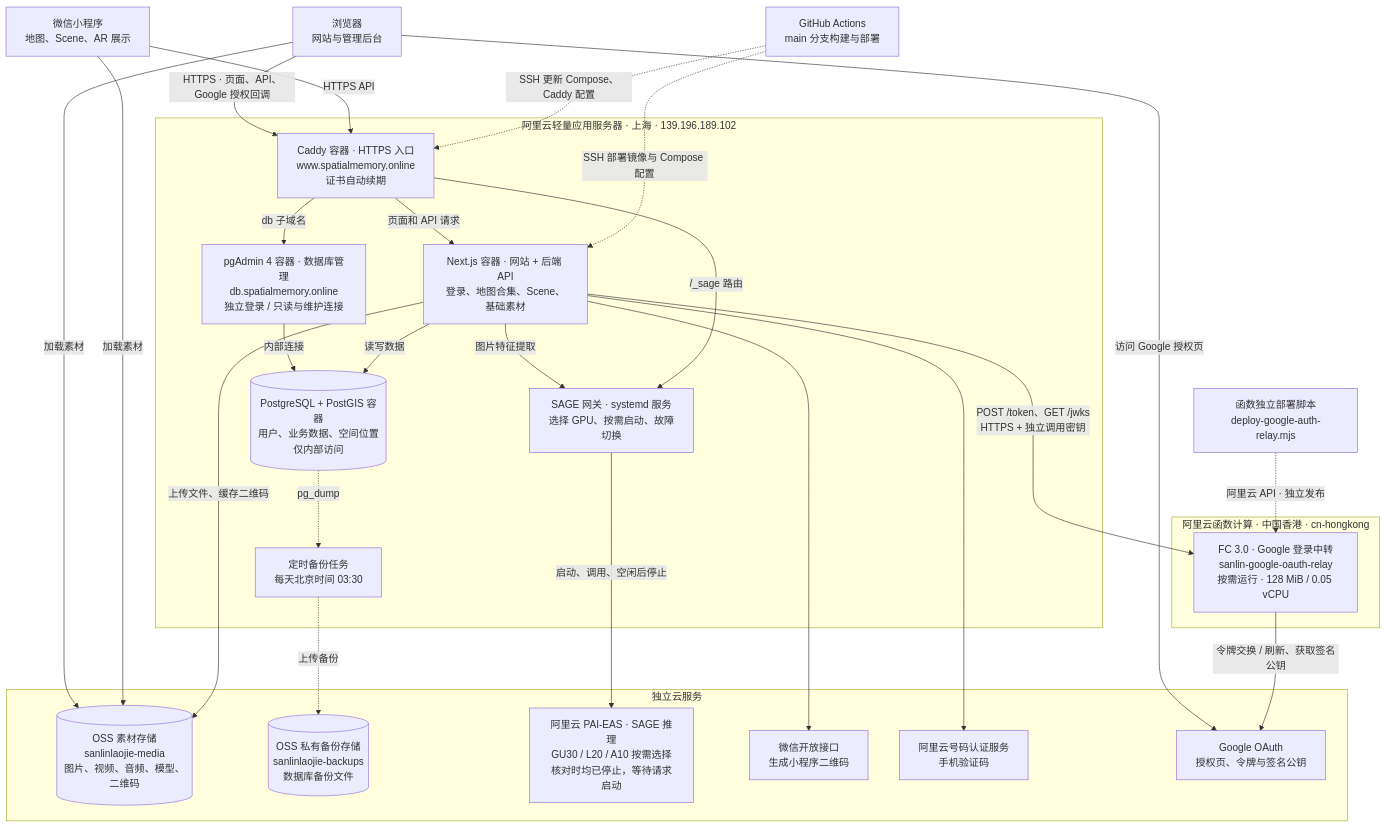
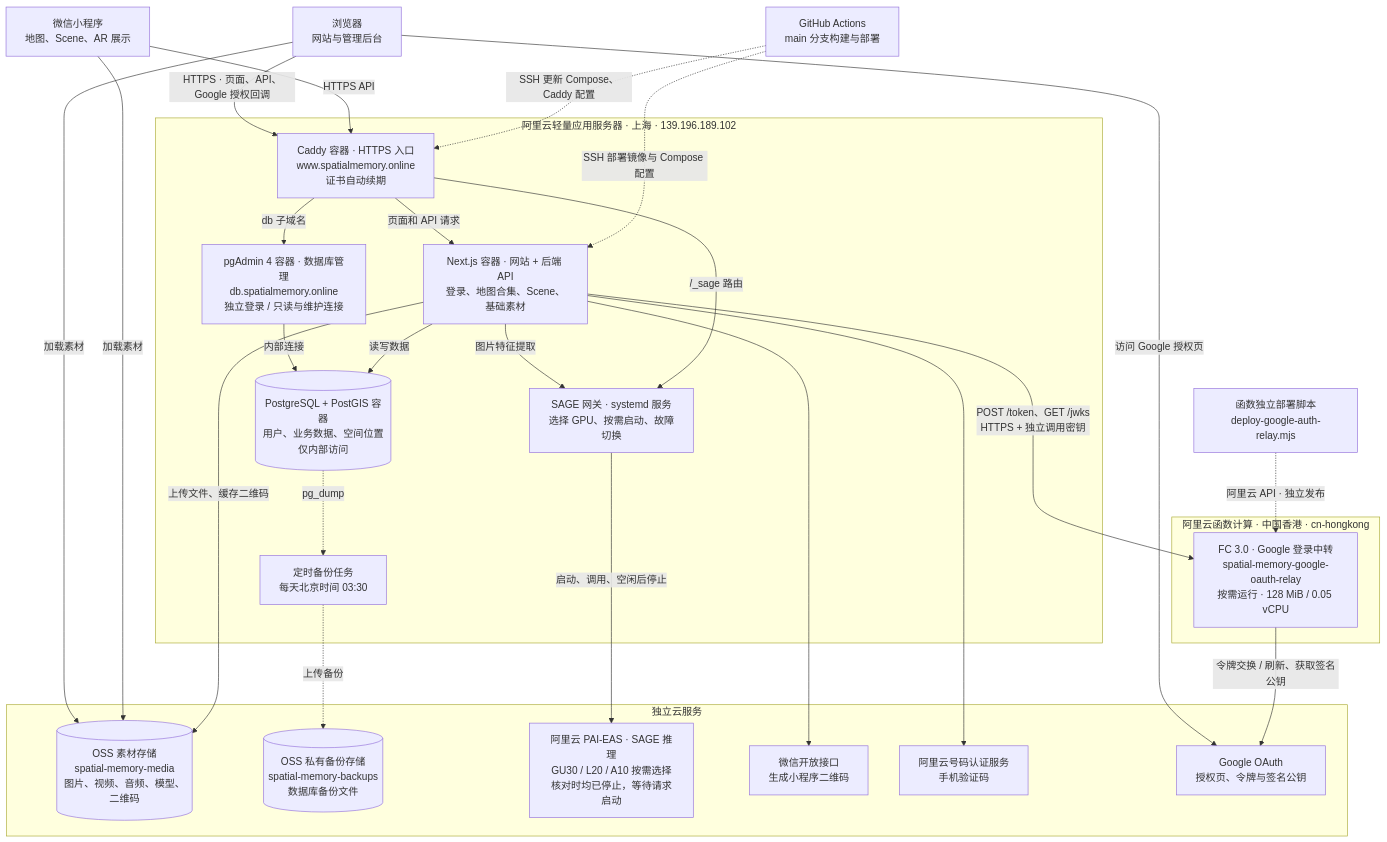
One commit to WangZhewei1027/spatial-memory changed the diagram in docs/production-deployment.md. Above: the diagram before and after it, drawn with Mermaid. The commit also changed other lines of this file and 3 other files, not shown here.

````diff
--- a/docs/production-deployment.md
+++ b/docs/production-deployment.md
@@ -45,53 +56,53 @@
 ```mermaid
 flowchart TB
     WEB["浏览器<br/>网站与管理后台"]
     MINI["微信小程序<br/>地图、Scene、AR 展示"]
     CI["GitHub Actions<br/>main 分支构建与部署"]
     FC_DEPLOY["函数独立部署脚本<br/>deploy-google-auth-relay.mjs"]
 
     subgraph SERVER["阿里云轻量应用服务器 · 上海 · 139.196.189.102"]
         CADDY["Caddy 容器 · HTTPS 入口<br/>www.spatialmemory.online<br/>证书自动续期"]
         APP["Next.js 容器 · 网站 + 后端 API<br/>登录、地图合集、Scene、基础素材"]
         PGADMIN["pgAdmin 4 容器 · 数据库管理<br/>db.spatialmemory.online<br/>独立登录 / 只读与维护连接"]
         DB[("PostgreSQL + PostGIS 容器<br/>用户、业务数据、空间位置<br/>仅内部访问")]
         SAGE["SAGE 网关 · systemd 服务<br/>选择 GPU、按需启动、故障切换"]
         BACKUP["定时备份任务<br/>每天北京时间 03:30"]
 
         CADDY -->|"页面和 API 请求"| APP
         CADDY -->|"db 子域名"| PGADMIN
         PGADMIN -->|"内部连接"| DB
         APP -->|"读写数据"| DB
         APP -->|"图片特征提取"| SAGE
         CADDY -->|"/_sage 路由"| SAGE
         DB -.->|"pg_dump"| BACKUP
     end
 
     subgraph CLOUD["独立云服务"]
-        MEDIA[("OSS 素材存储<br/>sanlinlaojie-media<br/>图片、视频、音频、模型、二维码")]
-        ARCHIVE[("OSS 私有备份存储<br/>sanlinlaojie-backups<br/>数据库备份文件")]
+        MEDIA[("OSS 素材存储<br/>spatial-memory-media<br/>图片、视频、音频、模型、二维码")]
+        ARCHIVE[("OSS 私有备份存储<br/>spatial-memory-backups<br/>数据库备份文件")]
         GPU["阿里云 PAI-EAS · SAGE 推理<br/>GU30 / L20 / A10 按需选择<br/>核对时均已停止，等待请求启动"]
         WX["微信开放接口<br/>生成小程序二维码"]
         SMS["阿里云号码认证服务<br/>手机验证码"]
         GOOGLE["Google OAuth<br/>授权页、令牌与签名公钥"]
     end
 
     subgraph HONG_KONG["阿里云函数计算 · 中国香港 · cn-hongkong"]
-        GOOGLE_RELAY["FC 3.0 · Google 登录中转<br/>sanlin-google-oauth-relay<br/>按需运行 · 128 MiB / 0.05 vCPU"]
+        GOOGLE_RELAY["FC 3.0 · Google 登录中转<br/>spatial-memory-google-oauth-relay<br/>按需运行 · 128 MiB / 0.05 vCPU"]
     end
 
     WEB -->|"HTTPS · 页面、API、Google 授权回调"| CADDY
     WEB -->|"访问 Google 授权页"| GOOGLE
     MINI -->|"HTTPS API"| CADDY
     WEB -->|"加载素材"| MEDIA
     MINI -->|"加载素材"| MEDIA
     APP -->|"上传文件、缓存二维码"| MEDIA
     APP --> WX
     APP --> SMS
     APP -->|"POST /token、GET /jwks<br/>HTTPS + 独立调用密钥"| GOOGLE_RELAY
     GOOGLE_RELAY -->|"令牌交换 / 刷新、获取签名公钥"| GOOGLE
     SAGE -->|"启动、调用、空闲后停止"| GPU
     BACKUP -.->|"上传备份"| ARCHIVE
     CI -.->|"SSH 更新 Compose、Caddy 配置"| CADDY
     CI -.->|"SSH 部署镜像与 Compose 配置"| APP
     FC_DEPLOY -.->|"阿里云 API · 独立发布"| GOOGLE_RELAY
 ```
````
